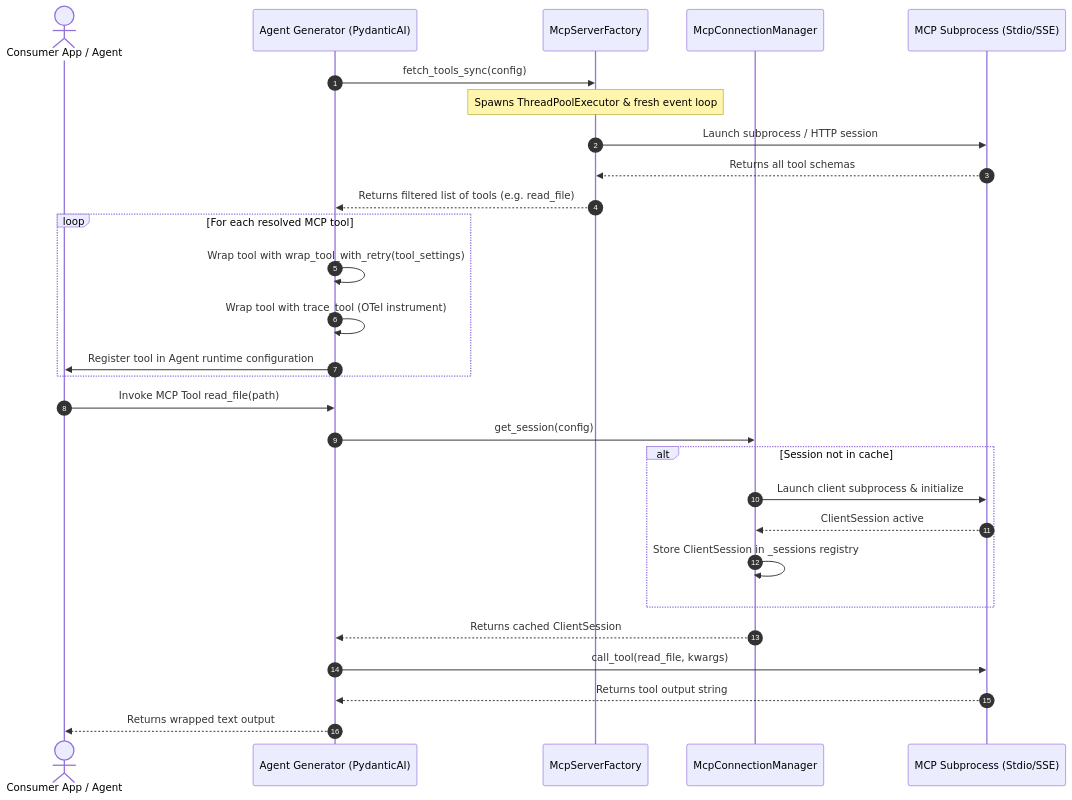
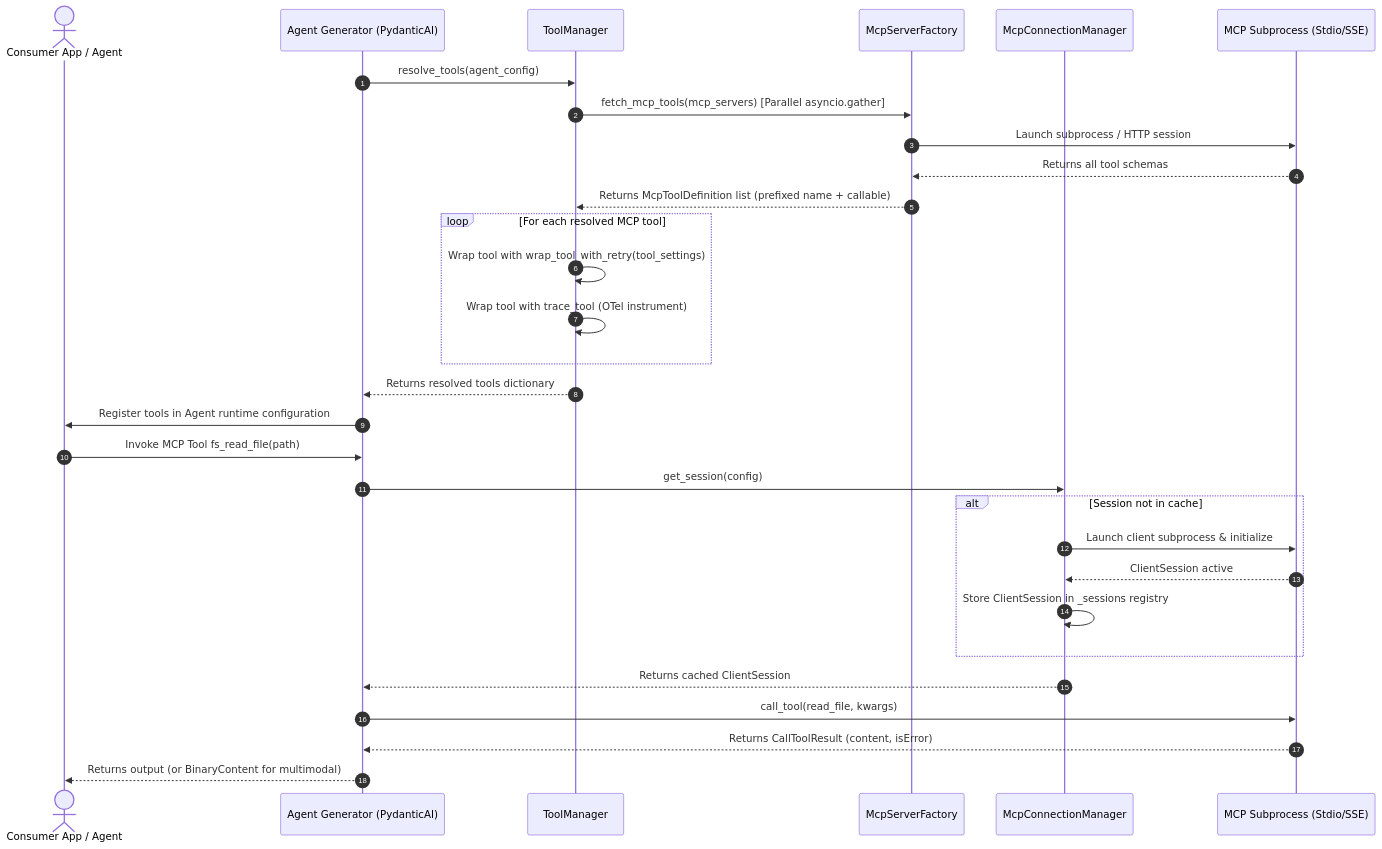
The diagram in docs/agents/mcp_integration.md (fortis3000/agentic_template), drawn with Mermaid before and after one commit. The commit also changed other lines of this file and 65 other files, not shown here.

Commit message:
feat(tools): combine tools and mcp into unified tool manager subsystem (#76)

````diff
--- a/docs/agents/mcp_integration.md
+++ b/docs/agents/mcp_integration.md
@@ -50,33 +78,35 @@
 ```mermaid
 sequenceDiagram
     autonumber
     actor Consumer as Consumer App / Agent
     participant Gen as Agent Generator (PydanticAI)
+    participant TM as ToolManager
     participant Factory as McpServerFactory
     participant Cache as McpConnectionManager
     participant Subprocess as MCP Subprocess (Stdio/SSE)
 
-    Gen->>Factory: fetch_tools_sync(config)
-    Note over Factory: Spawns ThreadPoolExecutor & fresh event loop
+    Gen->>TM: resolve_tools(agent_config)
+    TM->>Factory: fetch_mcp_tools(mcp_servers) [Parallel asyncio.gather]
     Factory->>Subprocess: Launch subprocess / HTTP session
     Subprocess-->>Factory: Returns all tool schemas
-    Factory-->>Gen: Returns filtered list of tools (e.g. read_file)
+    Factory-->>TM: Returns McpToolDefinition list (prefixed name + callable)
     
     loop For each resolved MCP tool
-        Gen->>Gen: Wrap tool with wrap_tool_with_retry(tool_settings)
-        Gen->>Gen: Wrap tool with trace_tool (OTel instrument)
-        Gen->>Consumer: Register tool in Agent runtime configuration
+        TM->>TM: Wrap tool with wrap_tool_with_retry(tool_settings)
+        TM->>TM: Wrap tool with trace_tool (OTel instrument)
     end
+    TM-->>Gen: Returns resolved tools dictionary
+    Gen->>Consumer: Register tools in Agent runtime configuration
 
-    Consumer->>Gen: Invoke MCP Tool read_file(path)
+    Consumer->>Gen: Invoke MCP Tool fs_read_file(path)
     Gen->>Cache: get_session(config)
     alt Session not in cache
         Cache->>Subprocess: Launch client subprocess & initialize
         Subprocess-->>Cache: ClientSession active
         Cache->>Cache: Store ClientSession in _sessions registry
     end
     Cache-->>Gen: Returns cached ClientSession
     Gen->>Subprocess: call_tool(read_file, kwargs)
-    Subprocess-->>Gen: Returns tool output string
-    Gen-->>Consumer: Returns wrapped text output
+    Subprocess-->>Gen: Returns CallToolResult (content, isError)
+    Gen-->>Consumer: Returns output (or BinaryContent for multimodal)
 ```
````
